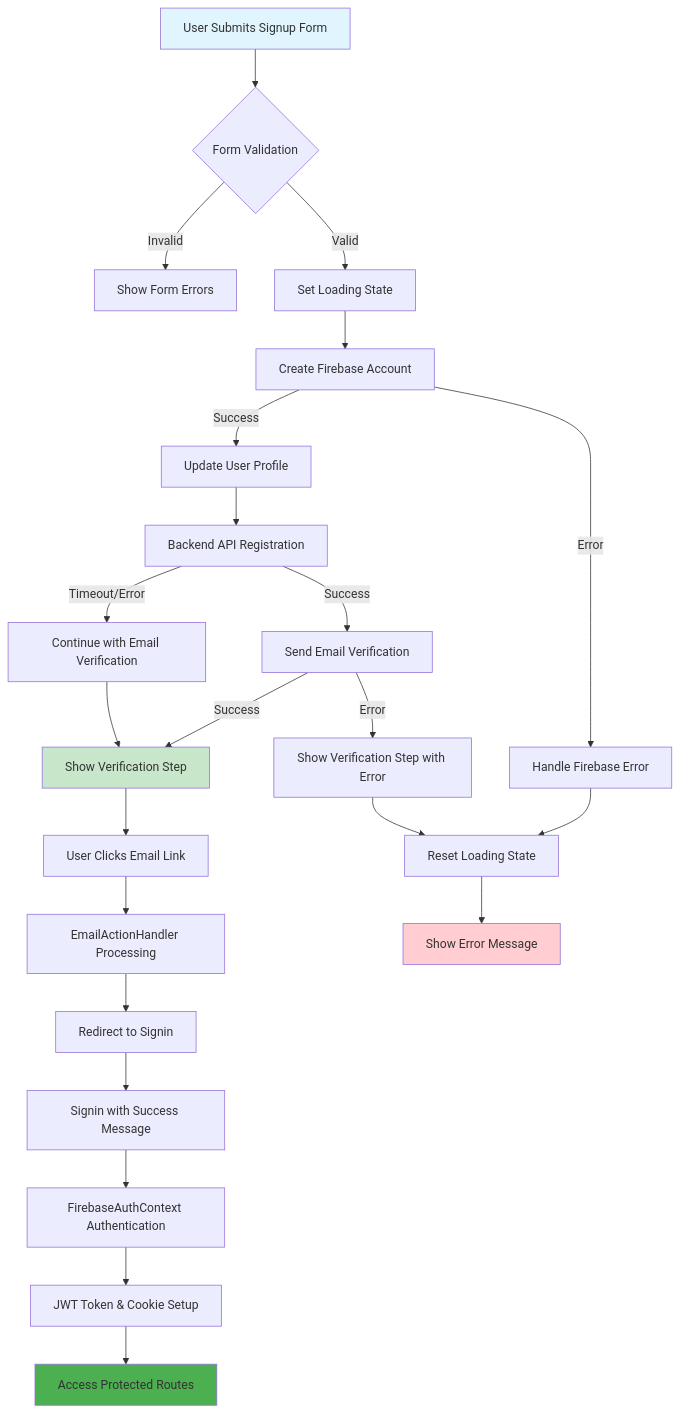
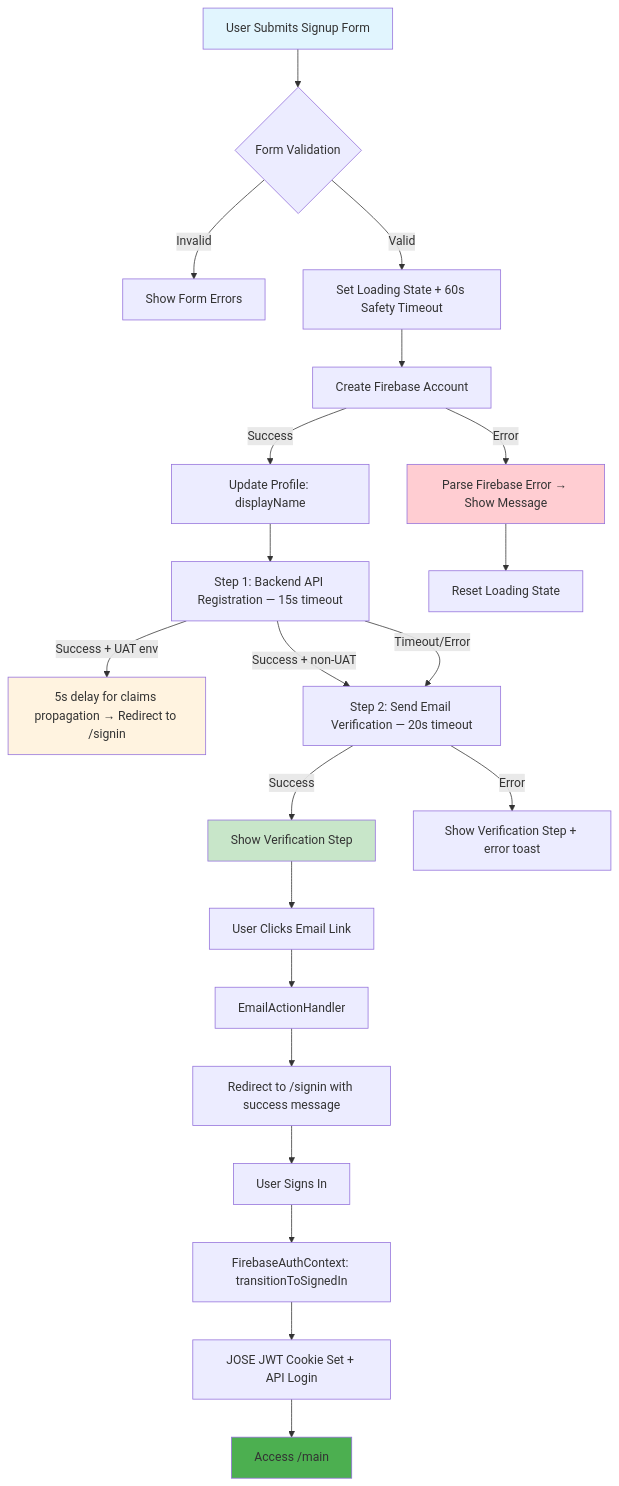
Before and after one commit to benxgao/certifai-app: the first of 3 diagrams in docs/signup.md, drawn with Mermaid. The commit also changed other lines of this file, not shown here.

````diff
--- a/docs/signup.md
+++ b/docs/signup.md
@@ -11,31 +11,30 @@
 ```mermaid
 graph TD
     A[User Submits Signup Form] --> B{Form Validation}
     B -->|Invalid| C[Show Form Errors]
-    B -->|Valid| D[Set Loading State]
+    B -->|Valid| D[Set Loading State + 60s Safety Timeout]
     D --> E[Create Firebase Account]
-    E -->|Success| F[Update User Profile]
-    E -->|Error| G[Handle Firebase Error]
-    F --> H[Backend API Registration]
-    H -->|Success| I[Send Email Verification]
-    H -->|Timeout/Error| J[Continue with Email Verification]
+    E -->|Error| G[Parse Firebase Error → Show Message]
+    E -->|Success| F[Update Profile: displayName]
+    F --> H[Step 1: Backend API Registration — 15s timeout]
+    H -->|Success + UAT env| UAT[5s delay for claims propagation → Redirect to /signin]
+    H -->|Success + non-UAT| I[Step 2: Send Email Verification — 20s timeout]
+    H -->|Timeout/Error| I
     I -->|Success| K[Show Verification Step]
-    I -->|Error| L[Show Verification Step with Error]
-    J --> K
+    I -->|Error| L[Show Verification Step + error toast]
     K --> M[User Clicks Email Link]
-    M --> N[EmailActionHandler Processing]
-    N --> O[Redirect to Signin]
-    O --> P[Signin with Success Message]
-    P --> Q[FirebaseAuthContext Authentication]
-    Q --> R[JWT Token & Cookie Setup]
-    R --> S[Access Protected Routes]
+    M --> N[EmailActionHandler]
+    N --> O[Redirect to /signin with success message]
+    O --> P[User Signs In]
+    P --> Q[FirebaseAuthContext: transitionToSignedIn]
+    Q --> R[JOSE JWT Cookie Set + API Login]
+    R --> S[Access /main]
 
     G --> T[Reset Loading State]
-    L --> T
-    T --> U[Show Error Message]
 
     style A fill:#e1f5fe
     style K fill:#c8e6c9
     style S fill:#4caf50
-    style U fill:#ffcdd2
+    style G fill:#ffcdd2
+    style UAT fill:#fff3e0
 ```
````
